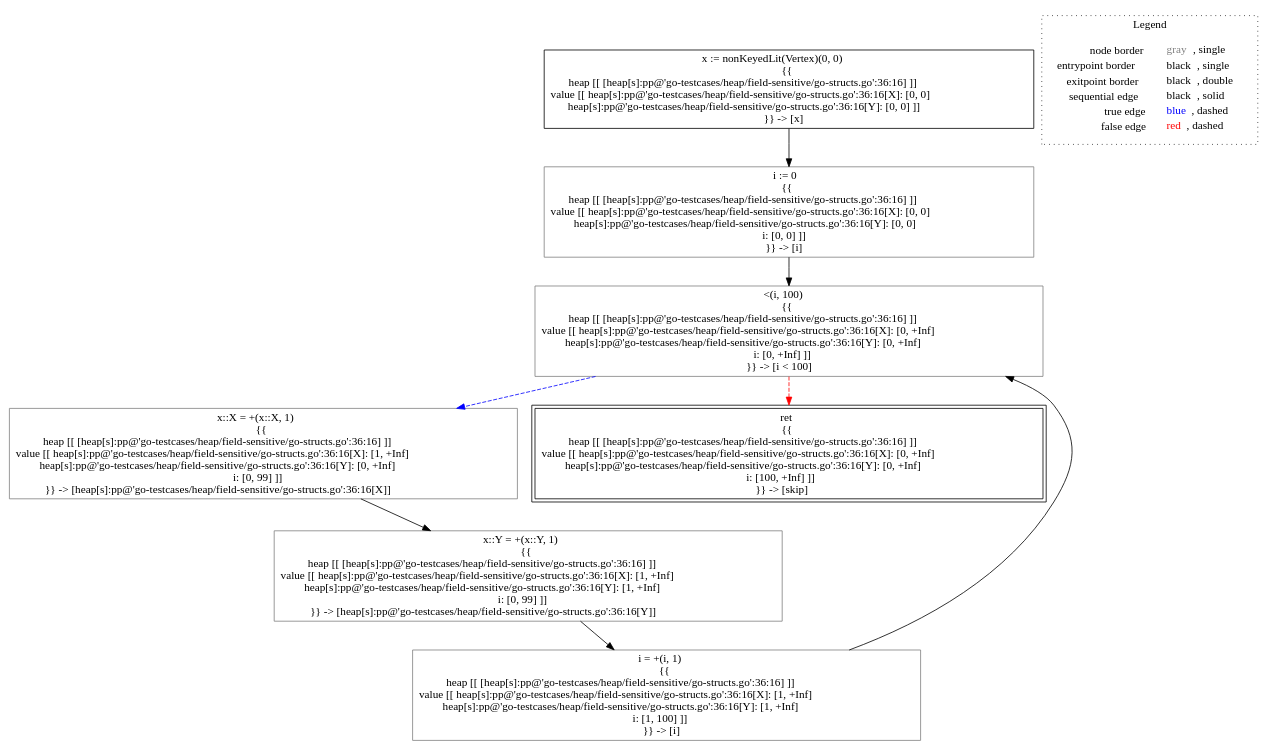
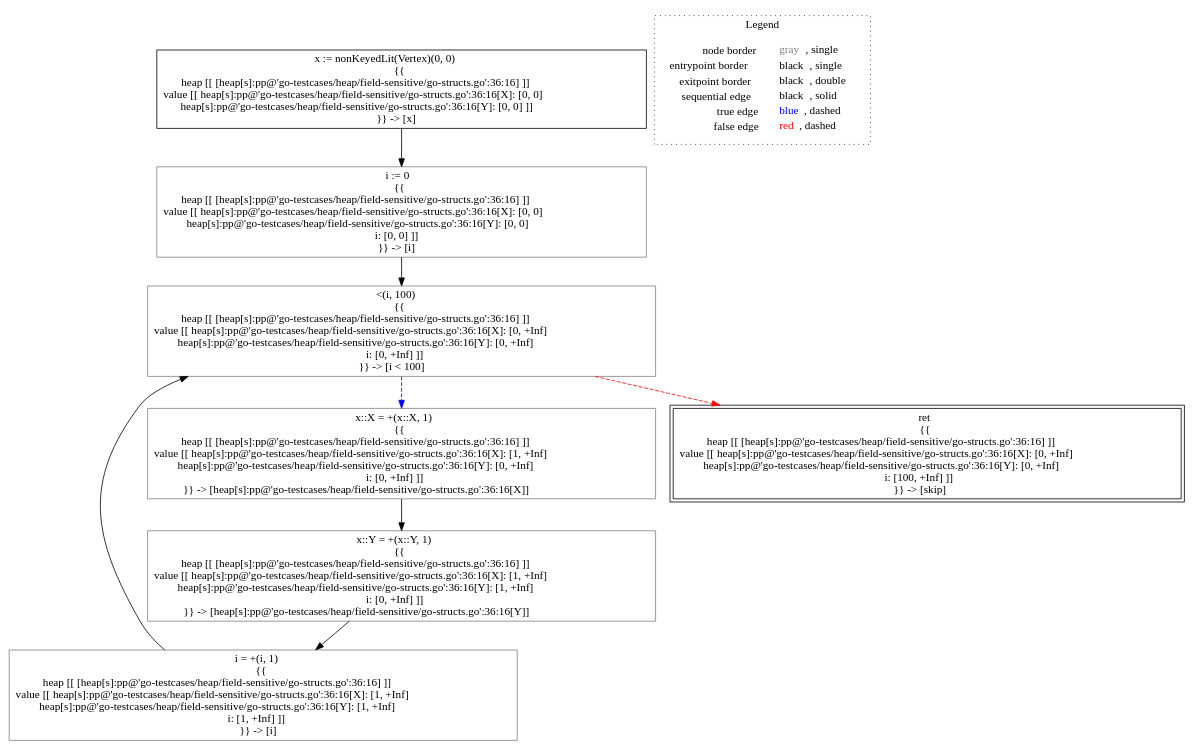
Before and after one commit to lisa-analyzer/go-lisa: the diagram in go-lisa/go-testcases/heap/field-sensitive/analysis___untyped_~LiSAProgram.forAlloc().dot, drawn with Graphviz. The commit also changed 25 other files, not shown here.

```diff
--- a/go-lisa/go-testcases/heap/field-sensitive/analysis___untyped_~LiSAProgram.forAlloc().dot
+++ b/go-lisa/go-testcases/heap/field-sensitive/analysis___untyped_~LiSAProgram.forAlloc().dot
@@ -1,23 +1,23 @@
 digraph {
 	"node0" [shape="rect",color="black",label=<x := nonKeyedLit(Vertex)(0, 0)<BR/>{{<BR/>heap [[ [heap[s]:pp@'go-testcases/heap/field-sensitive/go-structs.go':36:16] ]]<BR/>value [[ heap[s]:pp@'go-testcases/heap/field-sensitive/go-structs.go':36:16[X]: [0, 0]<BR/>heap[s]:pp@'go-testcases/heap/field-sensitive/go-structs.go':36:16[Y]: [0, 0] ]]<BR/>}} -&gt; [x]>];
-	"node1" [shape="rect",color="gray",label=<i := 0<BR/>{{<BR/>heap [[ [heap[s]:pp@'go-testcases/heap/field-sensitive/go-structs.go':36:16] ]]<BR/>value [[ heap[s]:pp@'go-testcases/heap/field-sensitive/go-structs.go':36:16[X]: [0, 0]<BR/>heap[s]:pp@'go-testcases/heap/field-sensitive/go-structs.go':36:16[Y]: [0, 0]<BR/>i: [0, 0] ]]<BR/>}} -&gt; [i]>];
-	"node2" [shape="rect",color="gray",label=<x::Y = +(x::Y, 1)<BR/>{{<BR/>heap [[ [heap[s]:pp@'go-testcases/heap/field-sensitive/go-structs.go':36:16] ]]<BR/>value [[ heap[s]:pp@'go-testcases/heap/field-sensitive/go-structs.go':36:16[X]: [1, +Inf]<BR/>heap[s]:pp@'go-testcases/heap/field-sensitive/go-structs.go':36:16[Y]: [1, +Inf]<BR/>i: [0, 99] ]]<BR/>}} -&gt; [heap[s]:pp@'go-testcases/heap/field-sensitive/go-structs.go':36:16[Y]]>];
-	"node3" [shape="rect",color="gray",label=<x::X = +(x::X, 1)<BR/>{{<BR/>heap [[ [heap[s]:pp@'go-testcases/heap/field-sensitive/go-structs.go':36:16] ]]<BR/>value [[ heap[s]:pp@'go-testcases/heap/field-sensitive/go-structs.go':36:16[X]: [1, +Inf]<BR/>heap[s]:pp@'go-testcases/heap/field-sensitive/go-structs.go':36:16[Y]: [0, +Inf]<BR/>i: [0, 99] ]]<BR/>}} -&gt; [heap[s]:pp@'go-testcases/heap/field-sensitive/go-structs.go':36:16[X]]>];
-	"node4" [shape="rect",color="gray",label=<&lt;(i, 100)<BR/>{{<BR/>heap [[ [heap[s]:pp@'go-testcases/heap/field-sensitive/go-structs.go':36:16] ]]<BR/>value [[ heap[s]:pp@'go-testcases/heap/field-sensitive/go-structs.go':36:16[X]: [0, +Inf]<BR/>heap[s]:pp@'go-testcases/heap/field-sensitive/go-structs.go':36:16[Y]: [0, +Inf]<BR/>i: [0, +Inf] ]]<BR/>}} -&gt; [i &lt; 100]>];
-	"node5" [shape="rect",color="black",peripheries="2",label=<ret<BR/>{{<BR/>heap [[ [heap[s]:pp@'go-testcases/heap/field-sensitive/go-structs.go':36:16] ]]<BR/>value [[ heap[s]:pp@'go-testcases/heap/field-sensitive/go-structs.go':36:16[X]: [0, +Inf]<BR/>heap[s]:pp@'go-testcases/heap/field-sensitive/go-structs.go':36:16[Y]: [0, +Inf]<BR/>i: [100, +Inf] ]]<BR/>}} -&gt; [skip]>];
-	"node6" [shape="rect",color="gray",label=<i = +(i, 1)<BR/>{{<BR/>heap [[ [heap[s]:pp@'go-testcases/heap/field-sensitive/go-structs.go':36:16] ]]<BR/>value [[ heap[s]:pp@'go-testcases/heap/field-sensitive/go-structs.go':36:16[X]: [1, +Inf]<BR/>heap[s]:pp@'go-testcases/heap/field-sensitive/go-structs.go':36:16[Y]: [1, +Inf]<BR/>i: [1, 100] ]]<BR/>}} -&gt; [i]>];
-	"node1" -> "node4" [color="black"];
-	"node2" -> "node6" [color="black"];
-	"node3" -> "node2" [color="black"];
-	"node0" -> "node1" [color="black"];
-	"node4" -> "node3" [color="blue",style="dashed"];
-	"node4" -> "node5" [color="red",style="dashed"];
-	"node6" -> "node4" [color="black"];
+	"node1" [shape="rect",color="gray",label=<x::X = +(x::X, 1)<BR/>{{<BR/>heap [[ [heap[s]:pp@'go-testcases/heap/field-sensitive/go-structs.go':36:16] ]]<BR/>value [[ heap[s]:pp@'go-testcases/heap/field-sensitive/go-structs.go':36:16[X]: [1, +Inf]<BR/>heap[s]:pp@'go-testcases/heap/field-sensitive/go-structs.go':36:16[Y]: [0, +Inf]<BR/>i: [0, +Inf] ]]<BR/>}} -&gt; [heap[s]:pp@'go-testcases/heap/field-sensitive/go-structs.go':36:16[X]]>];
+	"node2" [shape="rect",color="gray",label=<x::Y = +(x::Y, 1)<BR/>{{<BR/>heap [[ [heap[s]:pp@'go-testcases/heap/field-sensitive/go-structs.go':36:16] ]]<BR/>value [[ heap[s]:pp@'go-testcases/heap/field-sensitive/go-structs.go':36:16[X]: [1, +Inf]<BR/>heap[s]:pp@'go-testcases/heap/field-sensitive/go-structs.go':36:16[Y]: [1, +Inf]<BR/>i: [0, +Inf] ]]<BR/>}} -&gt; [heap[s]:pp@'go-testcases/heap/field-sensitive/go-structs.go':36:16[Y]]>];
+	"node3" [shape="rect",color="gray",label=<i = +(i, 1)<BR/>{{<BR/>heap [[ [heap[s]:pp@'go-testcases/heap/field-sensitive/go-structs.go':36:16] ]]<BR/>value [[ heap[s]:pp@'go-testcases/heap/field-sensitive/go-structs.go':36:16[X]: [1, +Inf]<BR/>heap[s]:pp@'go-testcases/heap/field-sensitive/go-structs.go':36:16[Y]: [1, +Inf]<BR/>i: [1, +Inf] ]]<BR/>}} -&gt; [i]>];
+	"node4" [shape="rect",color="gray",label=<i := 0<BR/>{{<BR/>heap [[ [heap[s]:pp@'go-testcases/heap/field-sensitive/go-structs.go':36:16] ]]<BR/>value [[ heap[s]:pp@'go-testcases/heap/field-sensitive/go-structs.go':36:16[X]: [0, 0]<BR/>heap[s]:pp@'go-testcases/heap/field-sensitive/go-structs.go':36:16[Y]: [0, 0]<BR/>i: [0, 0] ]]<BR/>}} -&gt; [i]>];
+	"node5" [shape="rect",color="gray",label=<&lt;(i, 100)<BR/>{{<BR/>heap [[ [heap[s]:pp@'go-testcases/heap/field-sensitive/go-structs.go':36:16] ]]<BR/>value [[ heap[s]:pp@'go-testcases/heap/field-sensitive/go-structs.go':36:16[X]: [0, +Inf]<BR/>heap[s]:pp@'go-testcases/heap/field-sensitive/go-structs.go':36:16[Y]: [0, +Inf]<BR/>i: [0, +Inf] ]]<BR/>}} -&gt; [i &lt; 100]>];
+	"node6" [shape="rect",color="black",peripheries="2",label=<ret<BR/>{{<BR/>heap [[ [heap[s]:pp@'go-testcases/heap/field-sensitive/go-structs.go':36:16] ]]<BR/>value [[ heap[s]:pp@'go-testcases/heap/field-sensitive/go-structs.go':36:16[X]: [0, +Inf]<BR/>heap[s]:pp@'go-testcases/heap/field-sensitive/go-structs.go':36:16[Y]: [0, +Inf]<BR/>i: [100, +Inf] ]]<BR/>}} -&gt; [skip]>];
+	"node1" -> "node2" [color="black"];
+	"node2" -> "node3" [color="black"];
+	"node3" -> "node5" [color="black"];
+	"node0" -> "node4" [color="black"];
+	"node4" -> "node5" [color="black"];
+	"node5" -> "node1" [color="blue",style="dashed"];
+	"node5" -> "node6" [color="red",style="dashed"];
 subgraph cluster_legend {
 	label="Legend";
 	style=dotted;
 	node [shape=plaintext];
 	"legend" [label=<<table border="0" cellpadding="2" cellspacing="0" cellborder="0"><tr><td align="right">node border&nbsp;</td><td align="left"><font color="gray">gray</font>, single</td></tr><tr><td align="right">entrypoint border&nbsp;</td><td align="left"><font color="black">black</font>, single</td></tr><tr><td align="right">exitpoint border&nbsp;</td><td align="left"><font color="black">black</font>, double</td></tr><tr><td align="right">sequential edge&nbsp;</td><td align="left"><font color="black">black</font>, solid</td></tr><tr><td align="right">true edge&nbsp;</td><td align="left"><font color="blue">blue</font>, dashed</td></tr><tr><td align="right">false edge&nbsp;</td><td align="left"><font color="red">red</font>, dashed</td></tr></table>>];
 }
 
 }
```
